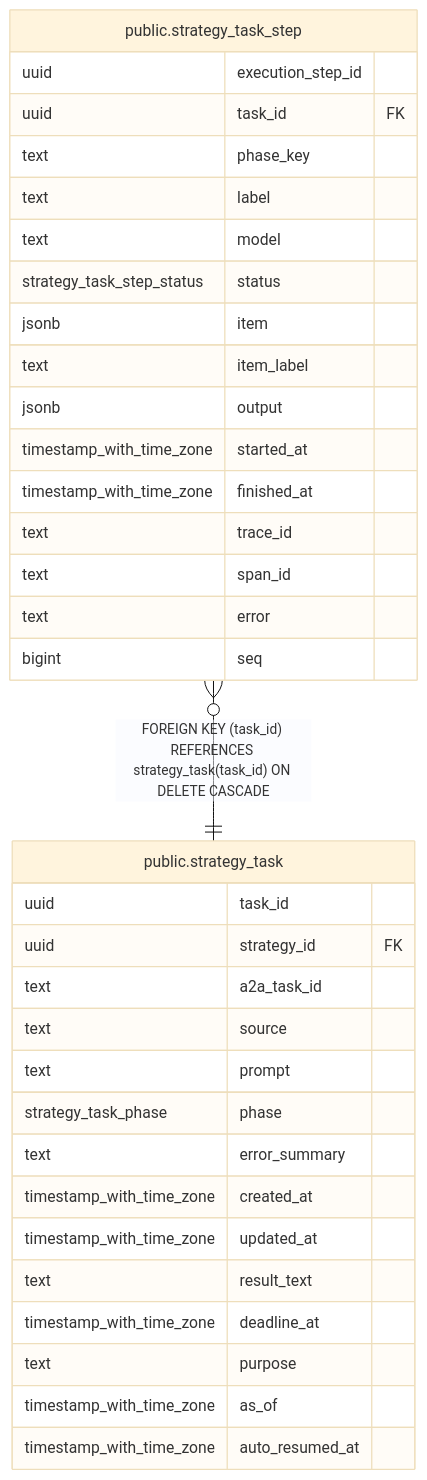
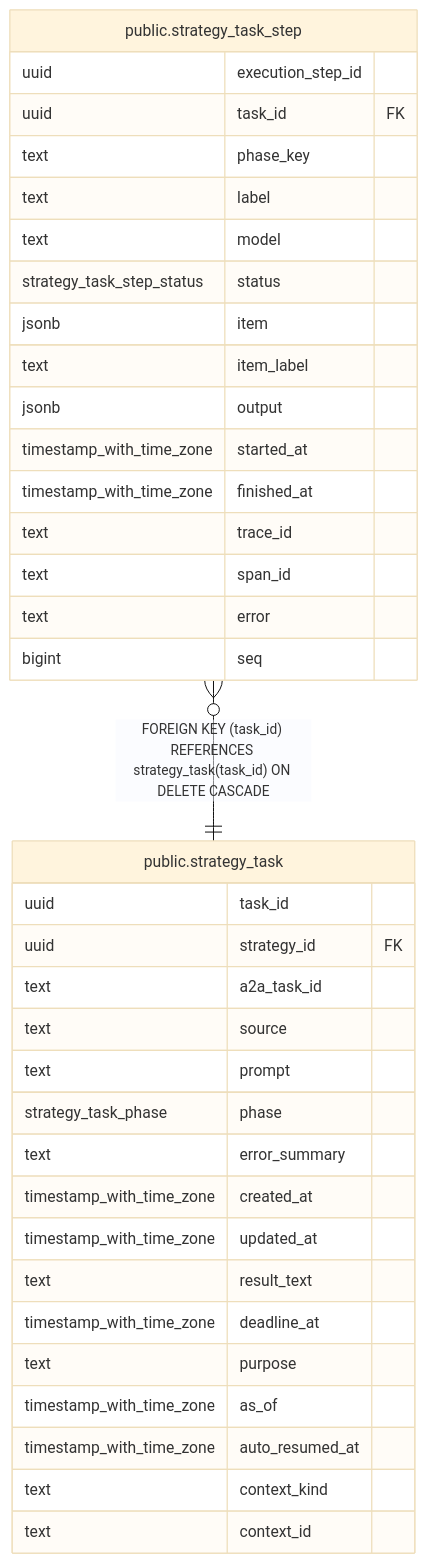
Before and after one commit to fohte/t-rader: the diagram in backend/docs/db/public.strategy_task_step.md, drawn with Mermaid (base theme). The commit also changed 27 other files, not shown here.

````diff
--- a/backend/docs/db/public.strategy_task_step.md
+++ b/backend/docs/db/public.strategy_task_step.md
@@ -43,39 +43,41 @@
 ```mermaid
 erDiagram
 
 "public.strategy_task_step" }o--|| "public.strategy_task" : "FOREIGN KEY (task_id) REFERENCES strategy_task(task_id) ON DELETE CASCADE"
 
 "public.strategy_task_step" {
   uuid execution_step_id
   uuid task_id FK
   text phase_key
   text label
   text model
   strategy_task_step_status status
   jsonb item
   text item_label
   jsonb output
   timestamp_with_time_zone started_at
   timestamp_with_time_zone finished_at
   text trace_id
   text span_id
   text error
   bigint seq
 }
 "public.strategy_task" {
   uuid task_id
   uuid strategy_id FK
   text a2a_task_id
   text source
   text prompt
   strategy_task_phase phase
   text error_summary
   timestamp_with_time_zone created_at
   timestamp_with_time_zone updated_at
   text result_text
   timestamp_with_time_zone deadline_at
   text purpose
   timestamp_with_time_zone as_of
   timestamp_with_time_zone auto_resumed_at
+  text context_kind
+  text context_id
 }
 ```
````
